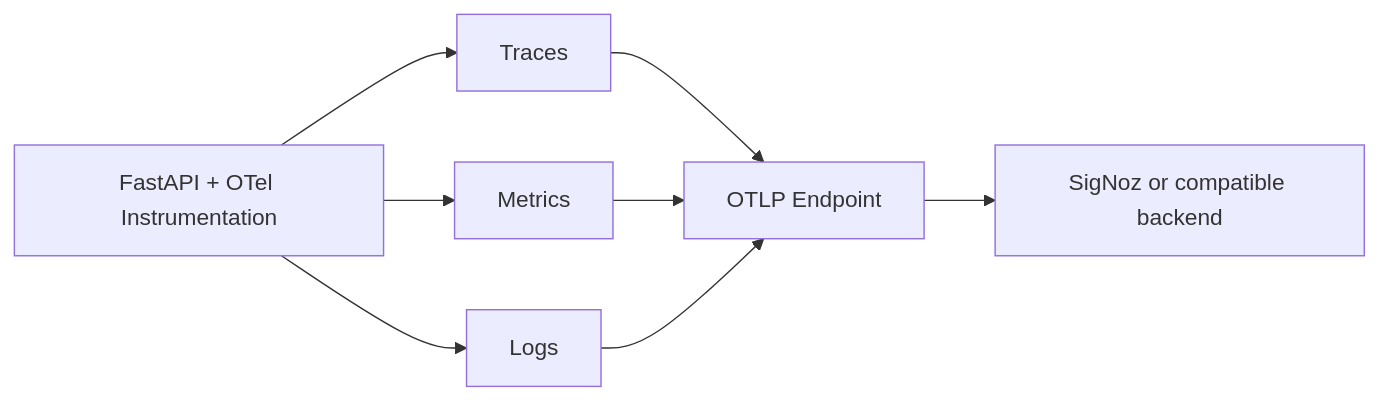
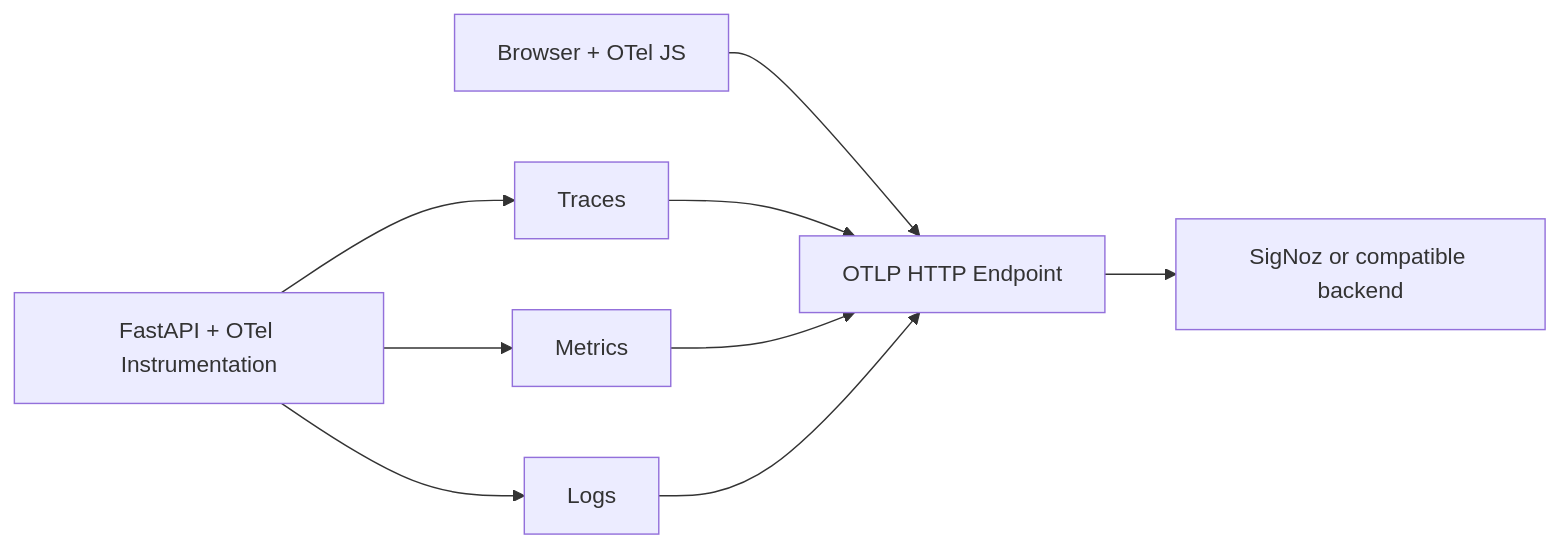
One commit to oornnery/site changed the fourth of 4 diagrams in docs/architecture.md. Above: the diagram before and after it, drawn with Mermaid. The commit also changed other lines of this file and 28 other files, not shown here.

````diff
--- a/docs/architecture.md
+++ b/docs/architecture.md
@@ -122,10 +125,11 @@
 ```mermaid
 flowchart LR
+    Browser[Browser + OTel JS] --> OTLP[OTLP HTTP Endpoint]
     App[FastAPI + OTel Instrumentation] --> Tr[Traces]
     App --> Me[Metrics]
     App --> Lo[Logs]
-    Tr --> OTLP[OTLP Endpoint]
+    Tr --> OTLP
     Me --> OTLP
     Lo --> OTLP
     OTLP --> SigNoz[SigNoz or compatible backend]
 ```
````
